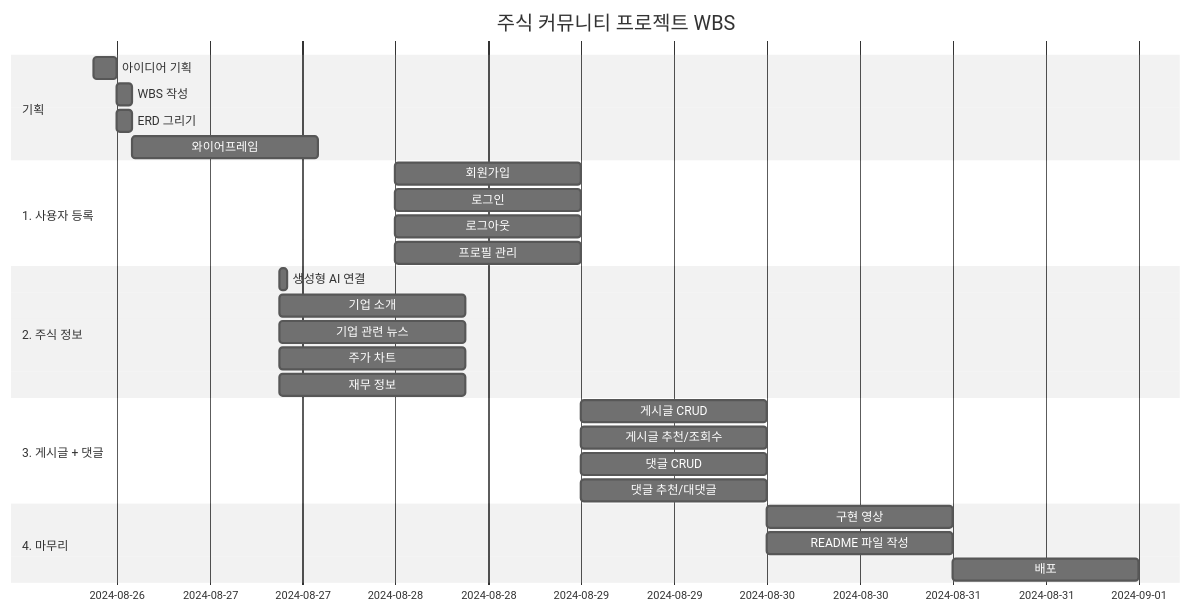
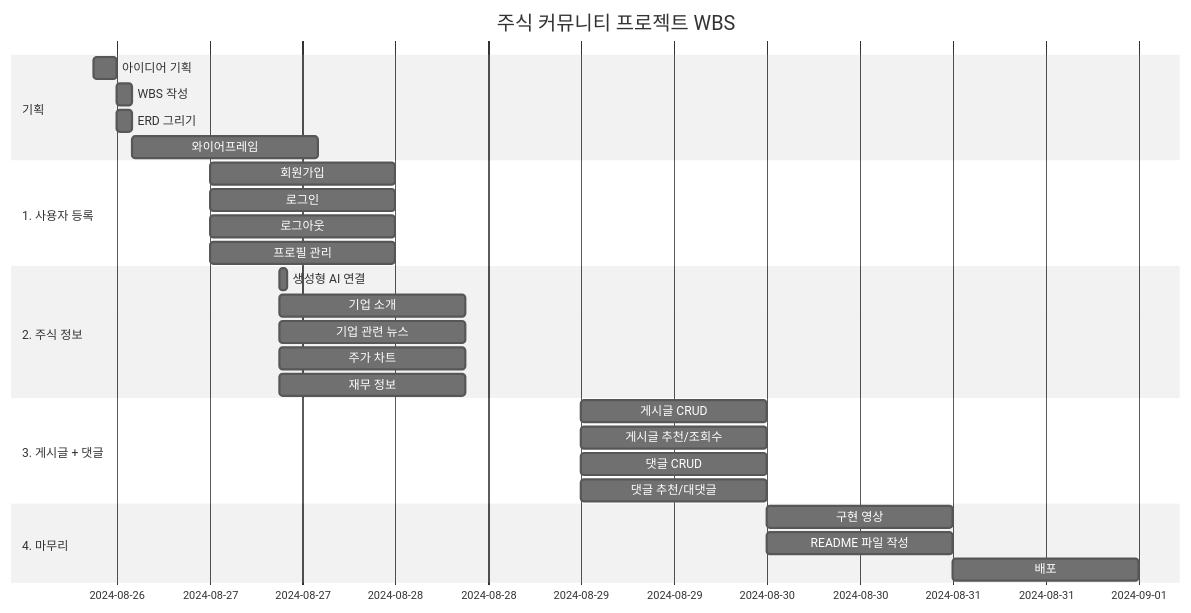
The first of 3 diagrams in README.md (Donggyu-Kim1/stalk), drawn with Mermaid (neutral theme) before and after one commit. The commit also changed 1 other file, not shown here.

Commit message:
accounts/urls.py 수정

````diff
--- a/README.md
+++ b/README.md
@@ -193,35 +193,35 @@
 ```mermaid
 gantt
     title 주식 커뮤니티 프로젝트 WBS
     dateFormat  YYYY-MM-DD HH:mm
 
     section 기획
     아이디어 기획      :2024-08-26 09:00, 3h
     WBS 작성          :2024-08-26 12:00, 2h
     ERD 그리기         :2024-08-26 12:00, 2h
     와이어프레임        :2024-08-26 14:00, 1d
 
     section 1. 사용자 등록
-    회원가입           :2024-08-28, 1d
-    로그인             :2024-08-28, 1d
-    로그아웃           :2024-08-28, 1d
-    프로필 관리         :2024-08-28, 1d
+    회원가입           :2024-08-27, 1d
+    로그인             :2024-08-27, 1d
+    로그아웃           :2024-08-27, 1d
+    프로필 관리         :2024-08-27, 1d
 
     section 2. 주식 정보
     생성형 AI 연결     :2024-08-27 09:00, 1h
     기업 소개          :2024-08-27 09:00, 1d
     기업 관련 뉴스      :2024-08-27 09:00, 1d
     주가 차트          :2024-08-27 09:00, 1d
     재무 정보          :2024-08-27 09:00, 1d
 
     section 3. 게시글 + 댓글
     게시글 CRUD        :2024-08-29, 1d
     게시글 추천/조회수   :2024-08-29, 1d
     댓글 CRUD          :2024-08-29, 1d
     댓글 추천/대댓글     :2024-08-29, 1d
 
     section 4. 마무리
     구현 영상          :2024-08-30, 1d
     README 파일 작성   :2024-08-30, 1d
     배포              :2024-08-31, 1d
 ```
````
